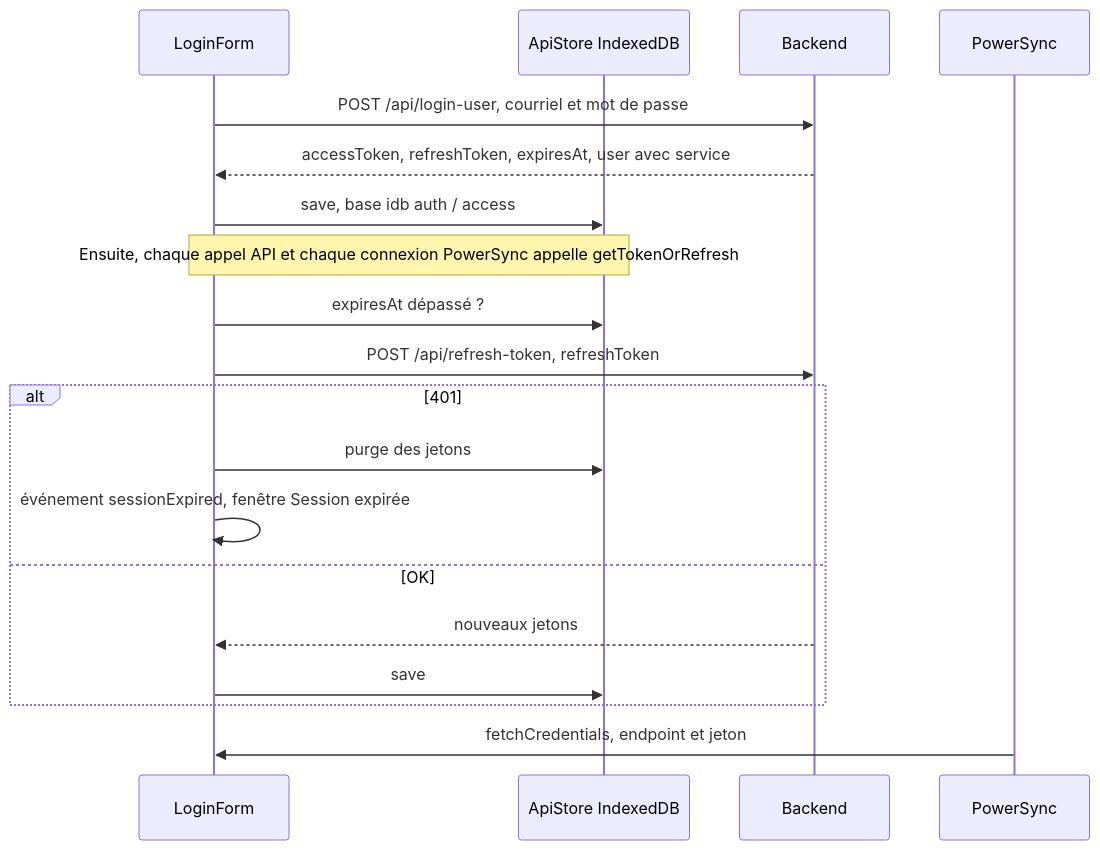
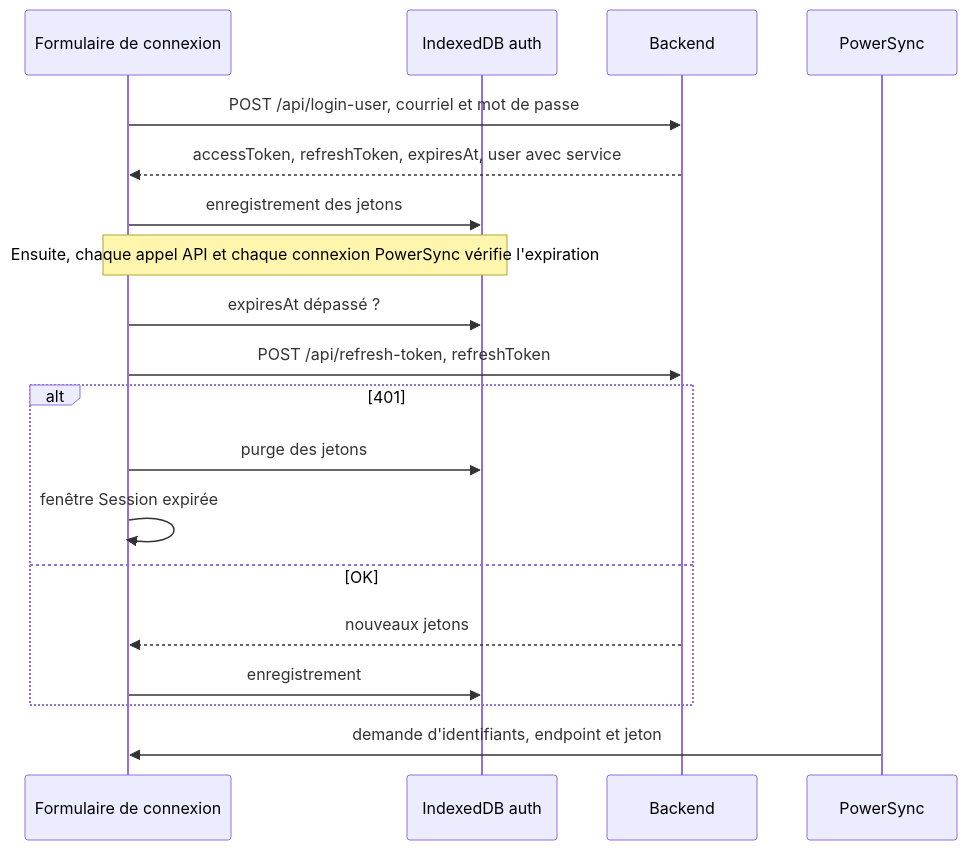
Before and after one commit to betagouv/patrinotes: the second of 5 diagrams in docs/03-frontend-pwa.md, drawn with Mermaid. The commit also changed other lines of this file and 19 other files, not shown here.

````diff
--- a/docs/03-frontend-pwa.md
+++ b/docs/03-frontend-pwa.md
@@ -218,21 +121,21 @@
 ```mermaid
 sequenceDiagram
-    participant UI as LoginForm
-    participant Store as ApiStore IndexedDB
+    participant UI as Formulaire de connexion
+    participant Store as IndexedDB auth
     participant API as Backend
     participant PS as PowerSync
     UI->>API: POST /api/login-user, courriel et mot de passe
     API-->>UI: accessToken, refreshToken, expiresAt, user avec service
-    UI->>Store: save, base idb auth / access
-    Note over UI,Store: Ensuite, chaque appel API et chaque connexion PowerSync appelle getTokenOrRefresh
+    UI->>Store: enregistrement des jetons
+    Note over UI,Store: Ensuite, chaque appel API et chaque connexion PowerSync vérifie l'expiration
     UI->>Store: expiresAt dépassé ?
     UI->>API: POST /api/refresh-token, refreshToken
     alt 401
         UI->>Store: purge des jetons
-        UI->>UI: événement sessionExpired, fenêtre Session expirée
+        UI->>UI: fenêtre Session expirée
     else OK
         API-->>UI: nouveaux jetons
-        UI->>Store: save
+        UI->>Store: enregistrement
     end
-    PS->>UI: fetchCredentials, endpoint et jeton
+    PS->>UI: demande d'identifiants, endpoint et jeton
 ```
````
